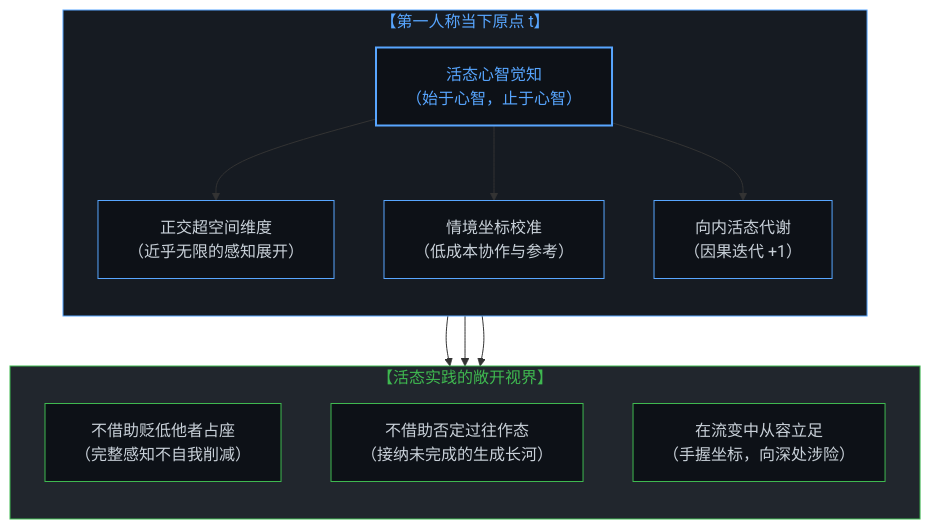
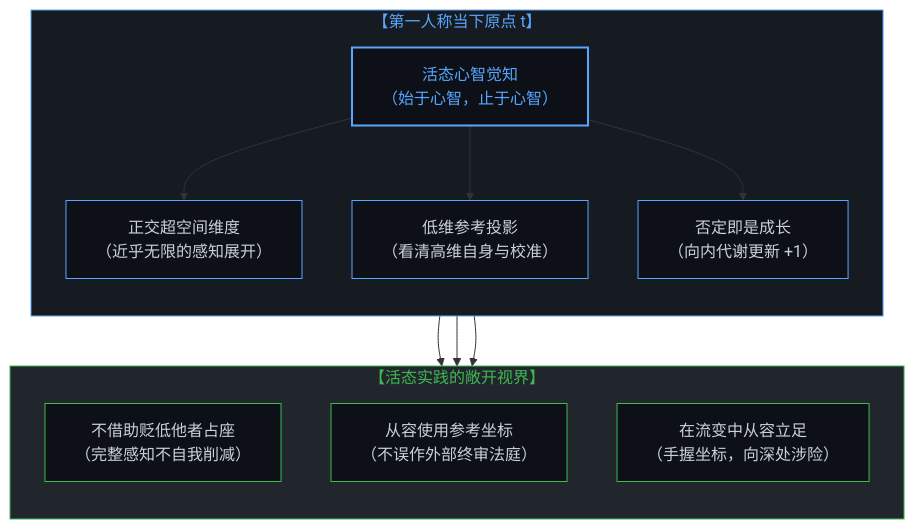
The second of 2 diagrams in content/posts/coordinates-in-flux-negation-and-self-anchoring.md (powerpig99/not-a-toe), drawn with Mermaid before and after one commit. The commit also changed other lines of this file and 4 other files, not shown here.

````diff
--- a/content/posts/coordinates-in-flux-negation-and-self-anchoring.md
+++ b/content/posts/coordinates-in-flux-negation-and-self-anchoring.md
@@ -160,31 +164,31 @@
 ```mermaid
 graph TD
     subgraph Ground["【第一人称当下原点 t】"]
         direction TB
         M["活态心智觉知<br>（始于心智，止于心智）"]
         M --> D1["正交超空间维度<br>（近乎无限的感知展开）"]
-        M --> D2["情境坐标校准<br>（低成本协作与参考）"]
-        M --> D3["向内活态代谢<br>（因果迭代 +1）"]
+        M --> D2["低维参考投影<br>（看清高维自身与校准）"]
+        M --> D3["否定即是成长<br>（向内代谢更新 +1）"]
     end
 
     subgraph Action["【活态实践的敞开视界】"]
         direction TB
         Act1["不借助贬低他者占座<br>（完整感知不自我削减）"]
-        Act2["不借助否定过往作态<br>（接纳未完成的生成长河）"]
+        Act2["从容使用参考坐标<br>（不误作外部终审法庭）"]
         Act3["在流变中从容立足<br>（手握坐标，向深处涉险）"]
     end
 
     D1 --> Act1
-    D2 --> Act3
-    D3 --> Act2
+    D2 --> Act2
+    D3 --> Act3
 
     style Ground fill:#161b22,stroke:#58a6ff,stroke-width:1px,color:#58a6ff
     style Action fill:#21262d,stroke:#3fb950,stroke-width:1px,color:#3fb950
     style M fill:#0d1117,stroke:#58a6ff,stroke-width:2px,color:#58a6ff
     style D1 fill:#0d1117,stroke:#58a6ff,stroke-width:1px,color:#c9d1d9
     style D2 fill:#0d1117,stroke:#58a6ff,stroke-width:1px,color:#c9d1d9
     style D3 fill:#0d1117,stroke:#58a6ff,stroke-width:1px,color:#c9d1d9
     style Act1 fill:#0d1117,stroke:#3fb950,stroke-width:1px,color:#c9d1d9
     style Act2 fill:#0d1117,stroke:#3fb950,stroke-width:1px,color:#c9d1d9
     style Act3 fill:#0d1117,stroke:#3fb950,stroke-width:1px,color:#c9d1d9
 ```
````
